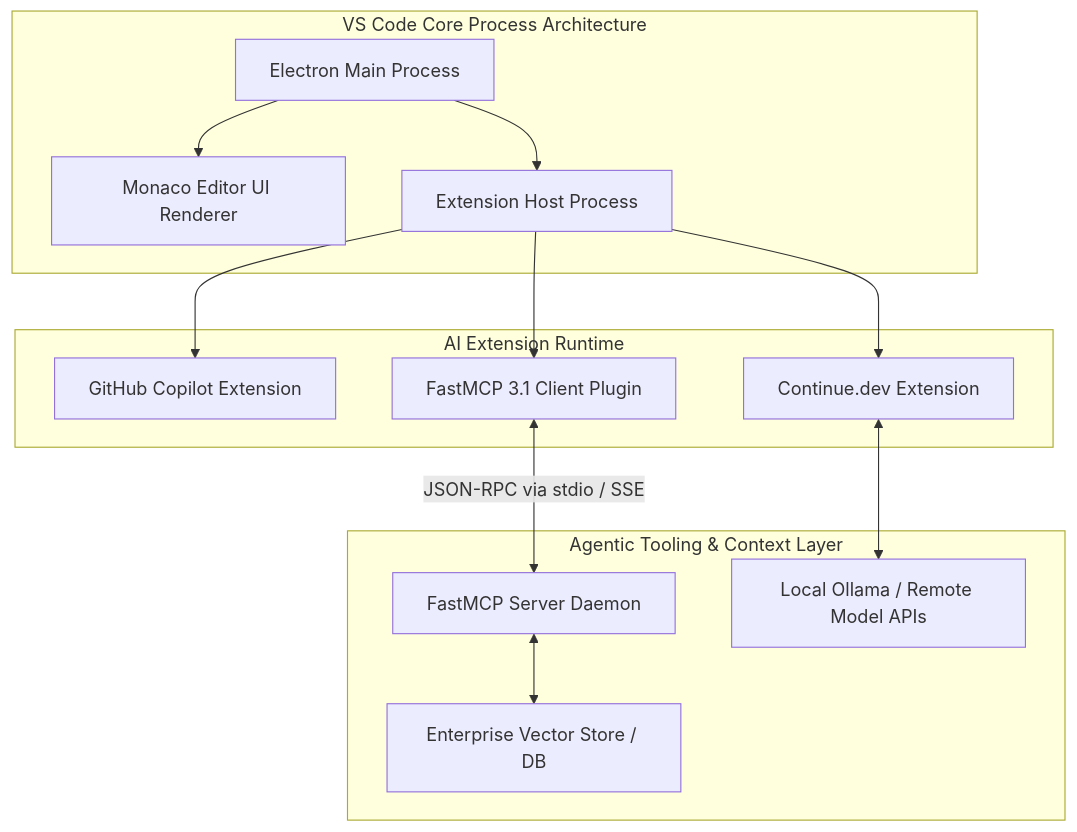
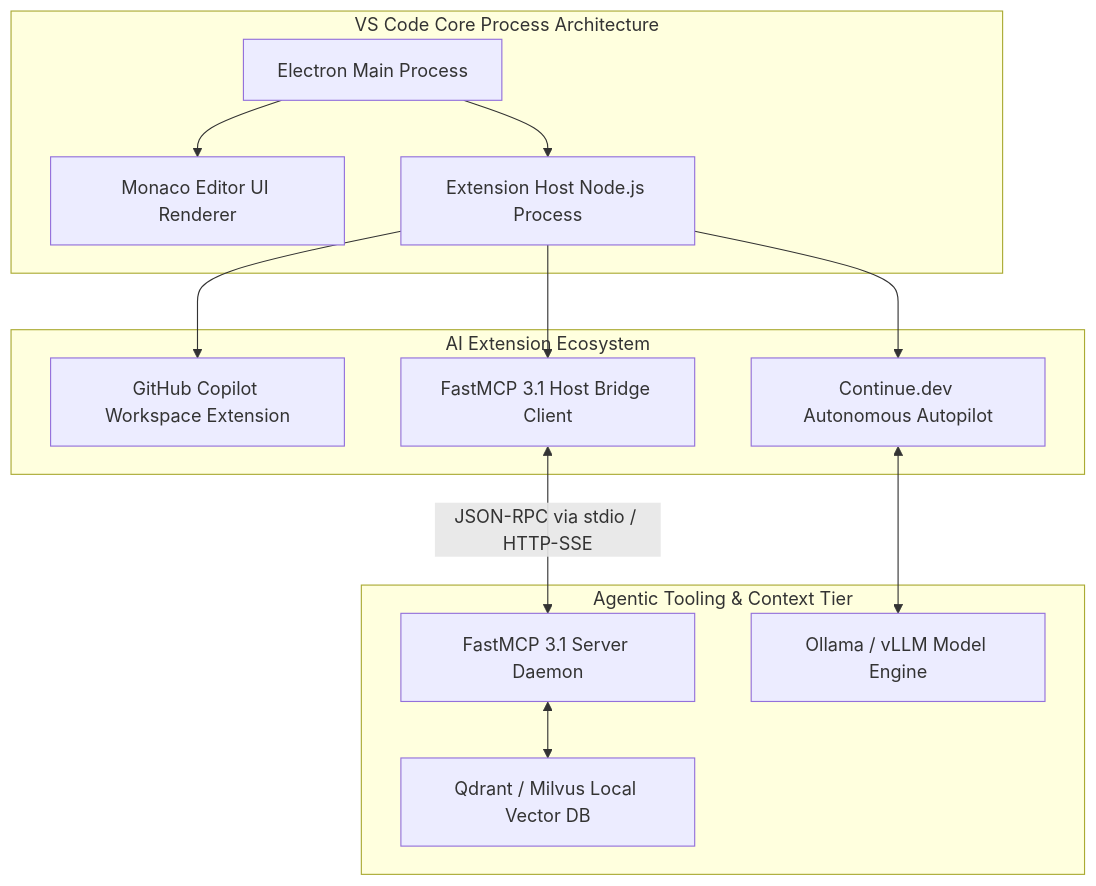
Before and after one commit to joanmarcriera/Home-office-automations: the first of 2 diagrams in docs/tools/development_ops/vscode.md, drawn with Mermaid. The commit also changed other lines of this file and 5 other files, not shown here.

````diff
--- a/docs/tools/development_ops/vscode.md
+++ b/docs/tools/development_ops/vscode.md
@@ -29,19 +8,19 @@
 ```mermaid
 graph TD
     subgraph VS Code Core Process Architecture
-        A[Electron Main Process] --> B[Monaco Editor UI Renderer]
-        A --> C[Extension Host Process]
+        MainProcess[Electron Main Process] --> RendererUI[Monaco Editor UI Renderer]
+        MainProcess --> ExtHost[Extension Host Node.js Process]
     end
 
-    subgraph AI Extension Runtime
-        C --> D[GitHub Copilot Extension]
-        C --> E[Continue.dev Extension]
-        C --> F[FastMCP 3.1 Client Plugin]
+    subgraph AI Extension Ecosystem
+        ExtHost --> Copilot[GitHub Copilot Workspace Extension]
+        ExtHost --> Continue[Continue.dev Autonomous Autopilot]
+        ExtHost --> FastMCPClient[FastMCP 3.1 Host Bridge Client]
     end
 
-    subgraph Agentic Tooling & Context Layer
-        F <-->|JSON-RPC via stdio / SSE| G[FastMCP Server Daemon]
-        G <--> H[Enterprise Vector Store / DB]
-        E <--> I[Local Ollama / Remote Model APIs]
+    subgraph Agentic Tooling & Context Tier
+        FastMCPClient <-->|JSON-RPC via stdio / HTTP-SSE| FastMCPServer[FastMCP 3.1 Server Daemon]
+        FastMCPServer <--> LocalVector[Qdrant / Milvus Local Vector DB]
+        Continue <--> LocalOllama[Ollama / vLLM Model Engine]
     end
 ```
````
